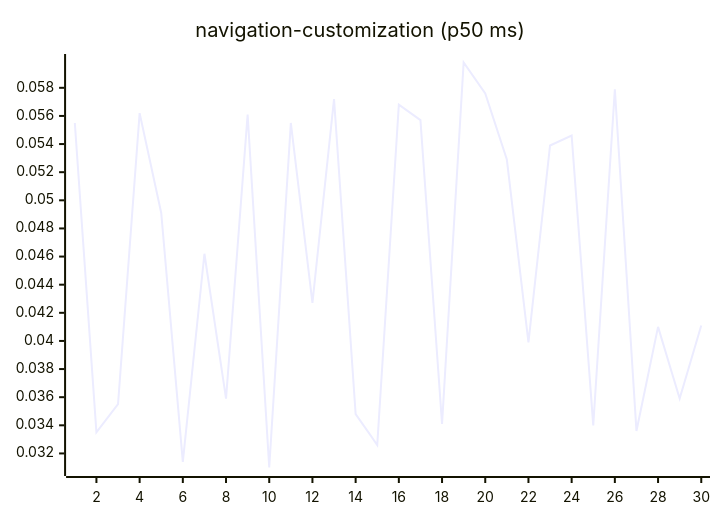
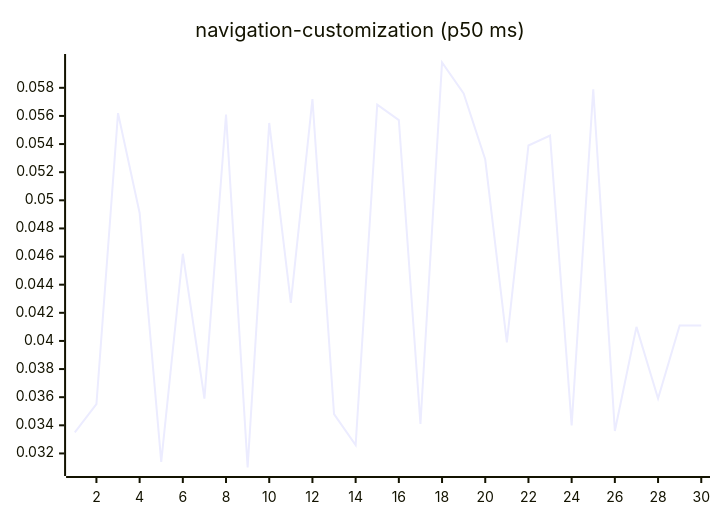
Diagram 15 of 27 in README.md (josha/Facet), drawn with Mermaid before and after one commit. The commit also changed other lines of this file and 2 other files, not shown here.

````diff
--- a/README.md
+++ b/README.md
@@ -161,6 +161,6 @@
 ```mermaid
 xychart-beta
     title "navigation-customization (p50 ms)"
     x-axis 1 --> 30
-    line [0.0555, 0.0335, 0.0355, 0.0562, 0.0491, 0.0314, 0.0462, 0.0359, 0.0561, 0.0310, 0.0555, 0.0427, 0.0572, 0.0348, 0.0326, 0.0568, 0.0557, 0.0341, 0.0598, 0.0576, 0.0529, 0.0399, 0.0539, 0.0546, 0.0340, 0.0579, 0.0336, 0.0410, 0.0359, 0.0411]
+    line [0.0335, 0.0355, 0.0562, 0.0491, 0.0314, 0.0462, 0.0359, 0.0561, 0.0310, 0.0555, 0.0427, 0.0572, 0.0348, 0.0326, 0.0568, 0.0557, 0.0341, 0.0598, 0.0576, 0.0529, 0.0399, 0.0539, 0.0546, 0.0340, 0.0579, 0.0336, 0.0410, 0.0359, 0.0411, 0.0411]
 ```
````
